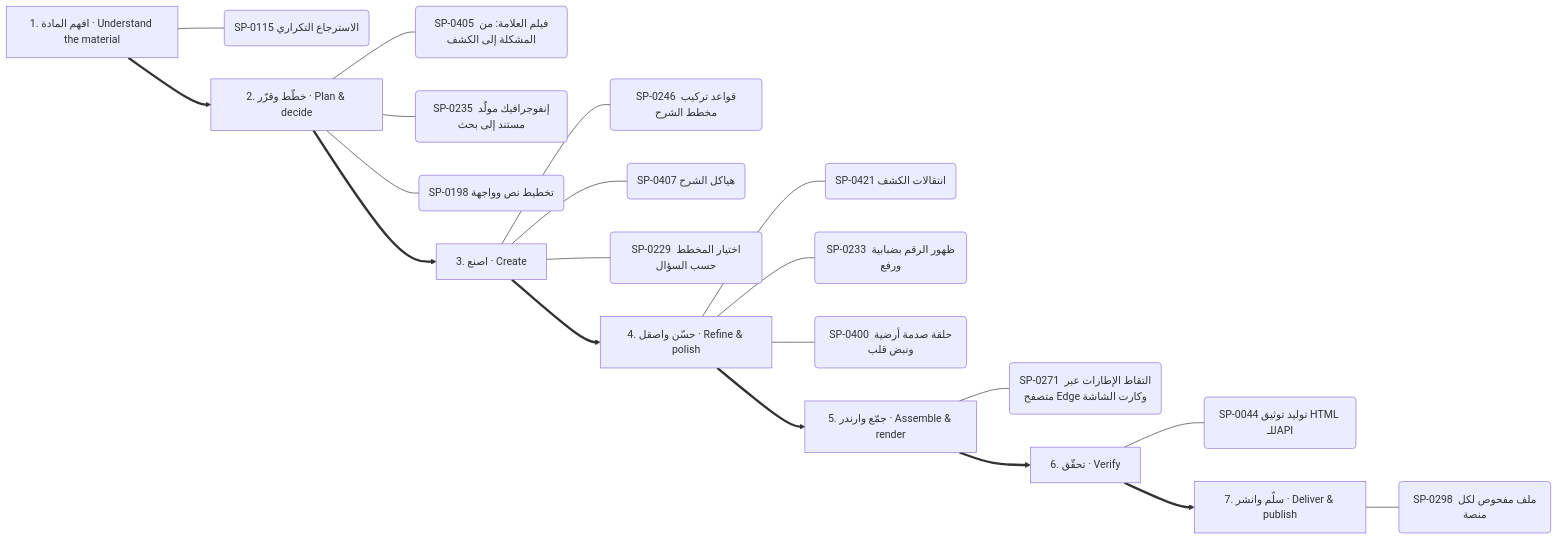
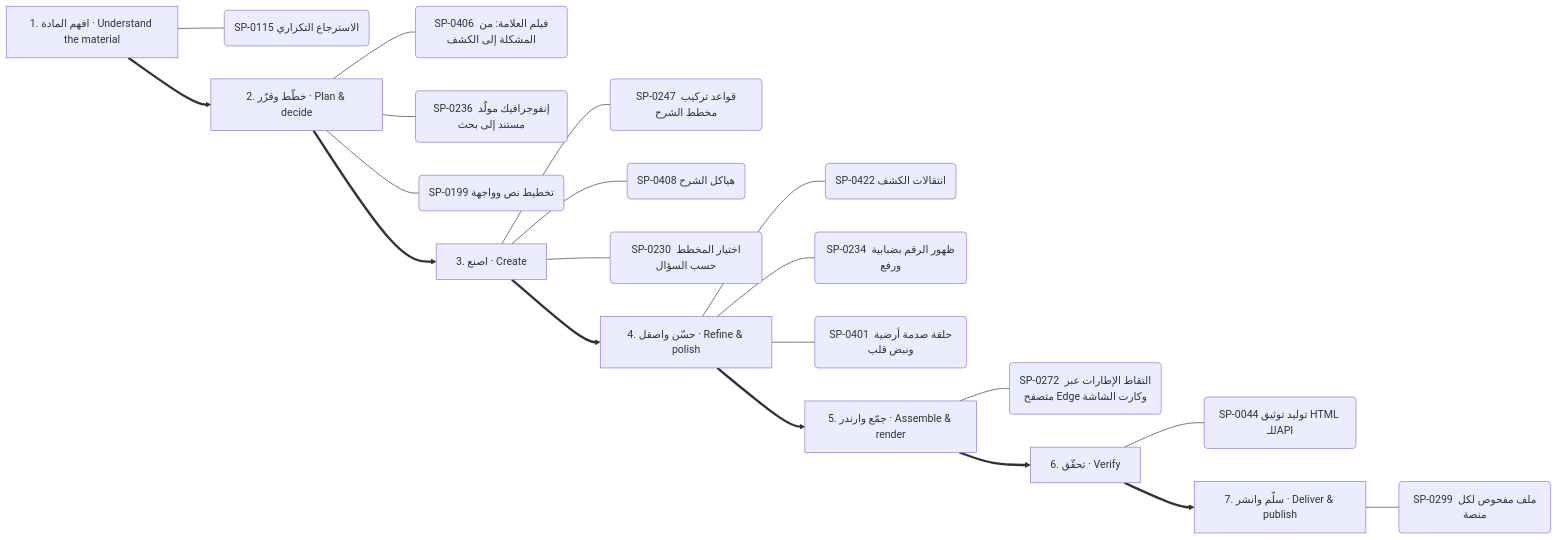
The fifth of 13 diagrams in .claude/skills/kosif-superpowers/references/capability-mindmap.md (kosif199022-jpg/kosif-tool), drawn with Mermaid before and after one commit. The commit also changed other lines of this file and 61 other files, not shown here.

````diff
--- a/.claude/skills/kosif-superpowers/references/capability-mindmap.md
+++ b/.claude/skills/kosif-superpowers/references/capability-mindmap.md
@@ -276,29 +276,29 @@
 ```mermaid
 flowchart LR
   S0["1. افهم المادة · Understand the material"]
   S0 --- S0_0("SP-0115 الاسترجاع التكراري")
   S1["2. خطّط وقرّر · Plan & decide"]
-  S1 --- S1_0("SP-0405 فيلم العلامة: من المشكلة إلى الكشف")
-  S1 --- S1_1("SP-0235 إنفوجرافيك مولَّد مستند إلى بحث")
-  S1 --- S1_2("SP-0198 تخطيط نص وواجهة")
+  S1 --- S1_0("SP-0406 فيلم العلامة: من المشكلة إلى الكشف")
+  S1 --- S1_1("SP-0236 إنفوجرافيك مولَّد مستند إلى بحث")
+  S1 --- S1_2("SP-0199 تخطيط نص وواجهة")
   S0 ==> S1
   S2["3. اصنع · Create"]
-  S2 --- S2_0("SP-0246 قواعد تركيب مخطط الشرح")
-  S2 --- S2_1("SP-0407 هياكل الشرح")
-  S2 --- S2_2("SP-0229 اختيار المخطط حسب السؤال")
+  S2 --- S2_0("SP-0247 قواعد تركيب مخطط الشرح")
+  S2 --- S2_1("SP-0408 هياكل الشرح")
+  S2 --- S2_2("SP-0230 اختيار المخطط حسب السؤال")
   S1 ==> S2
   S3["4. حسّن واصقل · Refine & polish"]
-  S3 --- S3_0("SP-0421 انتقالات الكشف")
-  S3 --- S3_1("SP-0233 ظهور الرقم بضبابية ورفع")
-  S3 --- S3_2("SP-0400 حلقة صدمة أرضية ونبض قلب")
+  S3 --- S3_0("SP-0422 انتقالات الكشف")
+  S3 --- S3_1("SP-0234 ظهور الرقم بضبابية ورفع")
+  S3 --- S3_2("SP-0401 حلقة صدمة أرضية ونبض قلب")
   S2 ==> S3
   S4["5. جمّع وارندر · Assemble & render"]
-  S4 --- S4_0("SP-0271 التقاط الإطارات عبر متصفح Edge وكارت الشاشة")
+  S4 --- S4_0("SP-0272 التقاط الإطارات عبر متصفح Edge وكارت الشاشة")
   S3 ==> S4
   S5["6. تحقّق · Verify"]
   S5 --- S5_0("SP-0044 توليد توثيق HTML للـAPI")
   S4 ==> S5
   S6["7. سلّم وانشر · Deliver & publish"]
-  S6 --- S6_0("SP-0298 ملف مفحوص لكل منصة")
+  S6 --- S6_0("SP-0299 ملف مفحوص لكل منصة")
   S5 ==> S6
 ```
````
